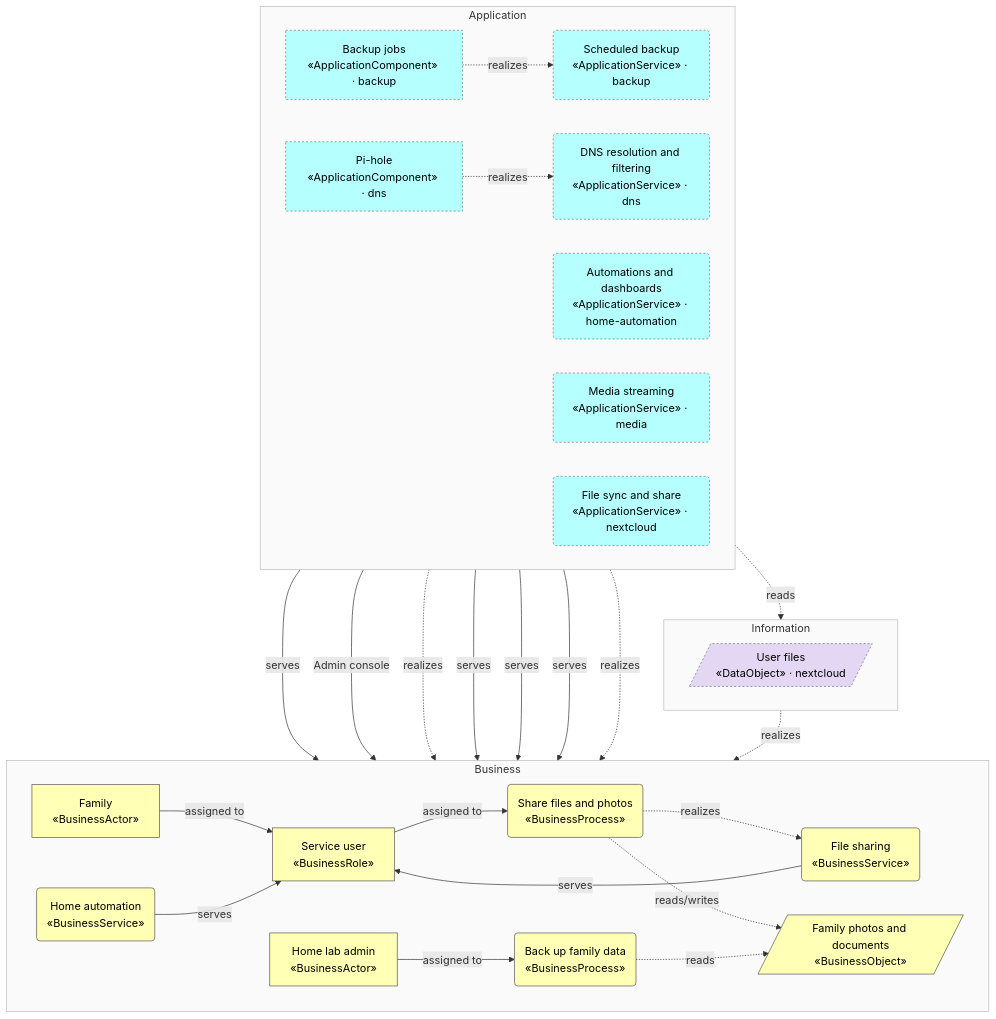
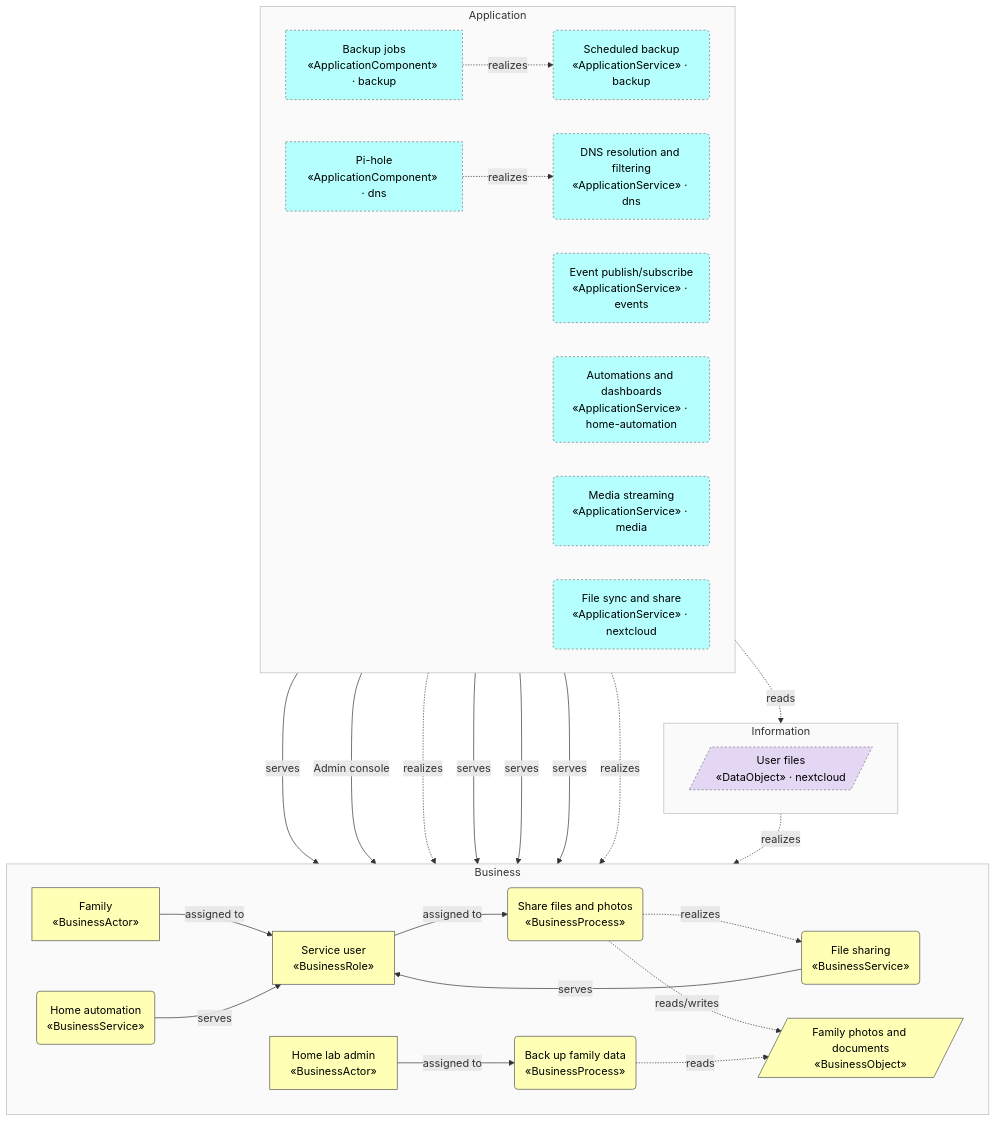
Before and after one commit to b-zig/a4m: the third of 3 diagrams in docs/enterprise/view-business.md, drawn with Mermaid. The commit also changed other lines of this file and 28 other files, not shown here.

First line of the commit message:
Add events platform SA (MQTT event fabric) and its first consumers

````diff
--- a/docs/enterprise/view-business.md
+++ b/docs/enterprise/view-business.md
@@ -135,58 +136,59 @@
 ```mermaid
 flowchart TB
   subgraph layer_business["Business"]
     direction LR
     bus_family["Family<br/>«BusinessActor»"]
     bus_admin["Home lab admin<br/>«BusinessActor»"]
     bus_role_user["Service user<br/>«BusinessRole»"]
     bus_proc_share("Share files and photos<br/>«BusinessProcess»")
     bus_proc_backup("Back up family data<br/>«BusinessProcess»")
     bus_svc_file_sharing("File sharing<br/>«BusinessService»")
     bus_svc_automation("Home automation<br/>«BusinessService»")
     bus_obj_photos[/"Family photos and documents<br/>«BusinessObject»"/]
   end
   subgraph layer_information["Information"]
     direction LR
     nextcloud__data_files[/"User files<br/>«DataObject» · nextcloud"/]
   end
   subgraph layer_application["Application"]
     direction LR
     backup__app_backup["Backup jobs<br/>«ApplicationComponent» · backup"]
     backup__app_svc_backup("Scheduled backup<br/>«ApplicationService» · backup")
     dns__app_pihole["Pi-hole<br/>«ApplicationComponent» · dns"]
     dns__app_svc_dns("DNS resolution and filtering<br/>«ApplicationService» · dns")
+    events__app_svc_event_streaming("Event publish/subscribe<br/>«ApplicationService» · events")
     home_automation__app_svc_automation("Automations and dashboards<br/>«ApplicationService» · home-automation")
     media__app_svc_streaming("Media streaming<br/>«ApplicationService» · media")
     nextcloud__app_svc_file_sync("File sync and share<br/>«ApplicationService» · nextcloud")
   end
   bus_family -->|"assigned to"| bus_role_user
   bus_role_user -->|"assigned to"| bus_proc_share
   bus_admin -->|"assigned to"| bus_proc_backup
   bus_proc_share -.->|"realizes"| bus_svc_file_sharing
   bus_svc_file_sharing -->|"serves"| bus_role_user
   bus_svc_automation -->|"serves"| bus_role_user
   bus_proc_share -.->|"reads/writes"| bus_obj_photos
   bus_proc_backup -.->|"reads"| bus_obj_photos
   backup__app_backup -.->|"realizes"| backup__app_svc_backup
   backup__app_svc_backup -->|"serves"| bus_proc_backup
   backup__app_backup -.->|"reads"| nextcloud__data_files
   dns__app_pihole -.->|"realizes"| dns__app_svc_dns
   dns__app_svc_dns -->|"Admin console"| bus_admin
   home_automation__app_svc_automation -.->|"realizes"| bus_svc_automation
   home_automation__app_svc_automation -->|"serves"| bus_role_user
   media__app_svc_streaming -->|"serves"| bus_role_user
   nextcloud__app_svc_file_sync -->|"serves"| bus_proc_share
   nextcloud__app_svc_file_sync -.->|"realizes"| bus_svc_file_sharing
   nextcloud__data_files -.->|"realizes"| bus_obj_photos
   classDef business fill:#FFFFB5,stroke:#555,color:#000
   class bus_family,bus_admin,bus_role_user,bus_proc_share,bus_proc_backup,bus_svc_file_sharing,bus_svc_automation,bus_obj_photos business
   style layer_business fill:#fafafa,stroke:#bbb
   classDef information fill:#E3D7F4,stroke:#555,color:#000
   class nextcloud__data_files information
   style layer_information fill:#fafafa,stroke:#bbb
   classDef application fill:#B5FFFF,stroke:#555,color:#000
-  class backup__app_backup,backup__app_svc_backup,dns__app_pihole,dns__app_svc_dns,home_automation__app_svc_automation,media__app_svc_streaming,nextcloud__app_svc_file_sync application
+  class backup__app_backup,backup__app_svc_backup,dns__app_pihole,dns__app_svc_dns,events__app_svc_event_streaming,home_automation__app_svc_automation,media__app_svc_streaming,nextcloud__app_svc_file_sync application
   style layer_application fill:#fafafa,stroke:#bbb
   classDef foreign stroke:#777,stroke-dasharray:3 3
-  class backup__app_backup,backup__app_svc_backup,dns__app_pihole,dns__app_svc_dns,home_automation__app_svc_automation,media__app_svc_streaming,nextcloud__app_svc_file_sync,nextcloud__data_files foreign
+  class backup__app_backup,backup__app_svc_backup,dns__app_pihole,dns__app_svc_dns,events__app_svc_event_streaming,home_automation__app_svc_automation,media__app_svc_streaming,nextcloud__app_svc_file_sync,nextcloud__data_files foreign
 ```
````
